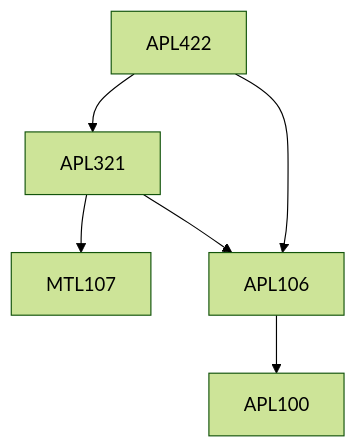
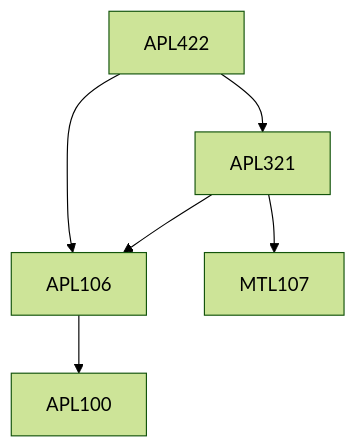
The diagram in content/Applied Mechanics/APL422.md (KeshavBansal0122/CoS_Website), drawn with Mermaid (forest theme) before and after one commit. The commit also changed other lines of this file and 2662 other files, not shown here.

````diff
--- a/content/Applied Mechanics/APL422.md
+++ b/content/Applied Mechanics/APL422.md
@@ -15,12 +15,12 @@
 ```mermaid
 flowchart TD
 APL422-39[APL422]
-APL106-39 --> APL100-39[APL100]
-APL321-39 --> MTL107-39[MTL107]
 APL321-39 --> APL106-39[APL106]
 APL422-39 --> APL321-39[APL321]
 APL422-39 --> APL106-39[APL106]
+APL321-39 --> MTL107-39[MTL107]
+APL106-39 --> APL100-39[APL100]
 
 classDef empty height:17px, fill:transparent, stroke:transparent;
 classDef trueEmpty height:0px, width:0px;
 ```
````
